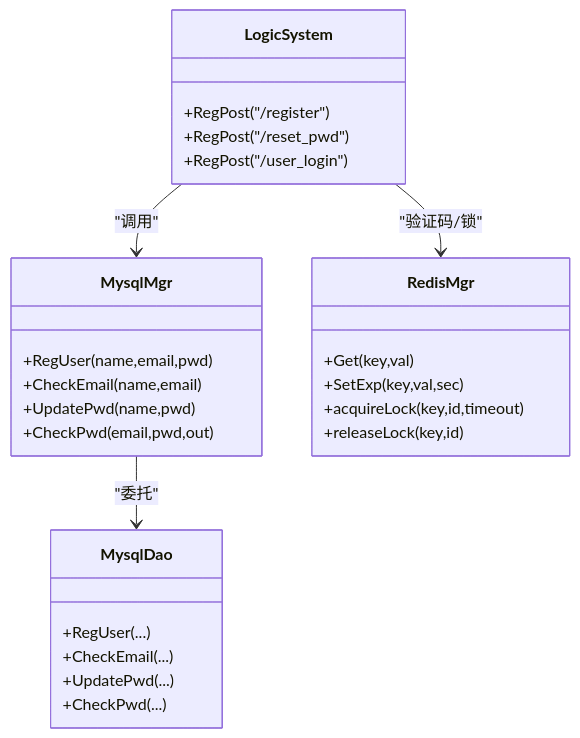
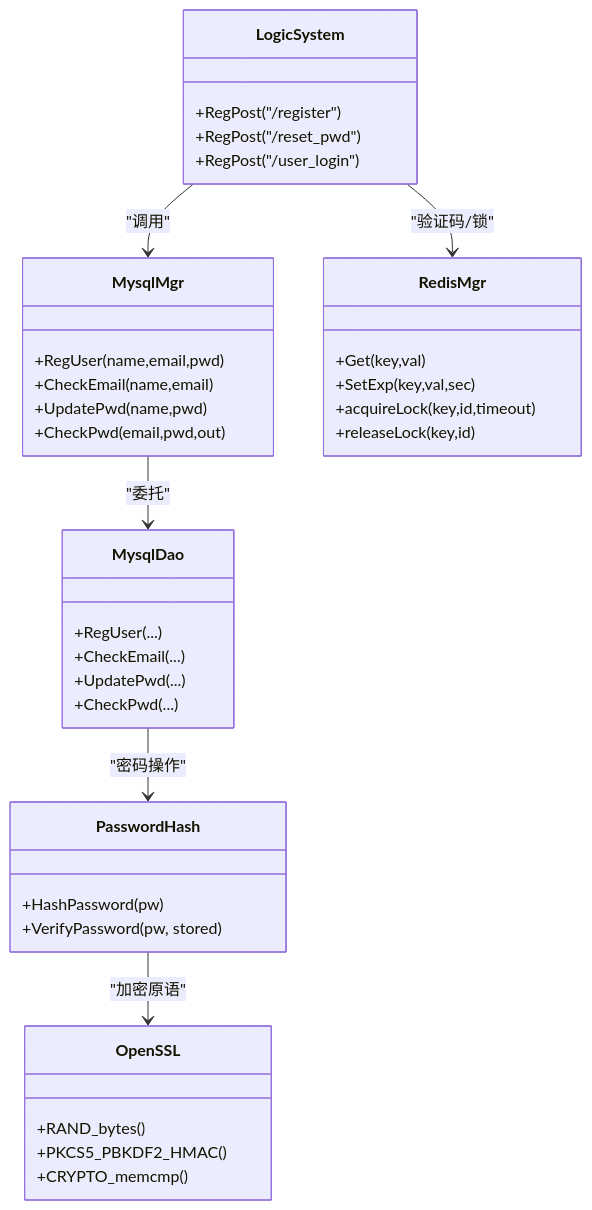
The eighth of 9 diagrams in .qoder/repowiki/zh/content/安全设计/身份认证系统/密码安全策略.md (echo9923/mychatter), drawn with Mermaid before and after one commit. The commit also changed other lines of this file and 58 other files, not shown here.

````diff
--- a/.qoder/repowiki/zh/content/安全设计/身份认证系统/密码安全策略.md
+++ b/.qoder/repowiki/zh/content/安全设计/身份认证系统/密码安全策略.md
@@ -301,29 +420,40 @@
 ```mermaid
 classDiagram
 class LogicSystem {
 +RegPost("/register")
 +RegPost("/reset_pwd")
 +RegPost("/user_login")
 }
 class MysqlMgr {
 +RegUser(name,email,pwd)
 +CheckEmail(name,email)
 +UpdatePwd(name,pwd)
 +CheckPwd(email,pwd,out)
 }
 class MysqlDao {
 +RegUser(...)
 +CheckEmail(...)
 +UpdatePwd(...)
 +CheckPwd(...)
 }
+class PasswordHash {
++HashPassword(pw)
++VerifyPassword(pw, stored)
+}
 class RedisMgr {
 +Get(key,val)
 +SetExp(key,val,sec)
 +acquireLock(key,id,timeout)
 +releaseLock(key,id)
 }
+class OpenSSL {
++RAND_bytes()
++PKCS5_PBKDF2_HMAC()
++CRYPTO_memcmp()
+}
 LogicSystem --> MysqlMgr : "调用"
 MysqlMgr --> MysqlDao : "委托"
+MysqlDao --> PasswordHash : "密码操作"
+PasswordHash --> OpenSSL : "加密原语"
 LogicSystem --> RedisMgr : "验证码/锁"
 ```
````
